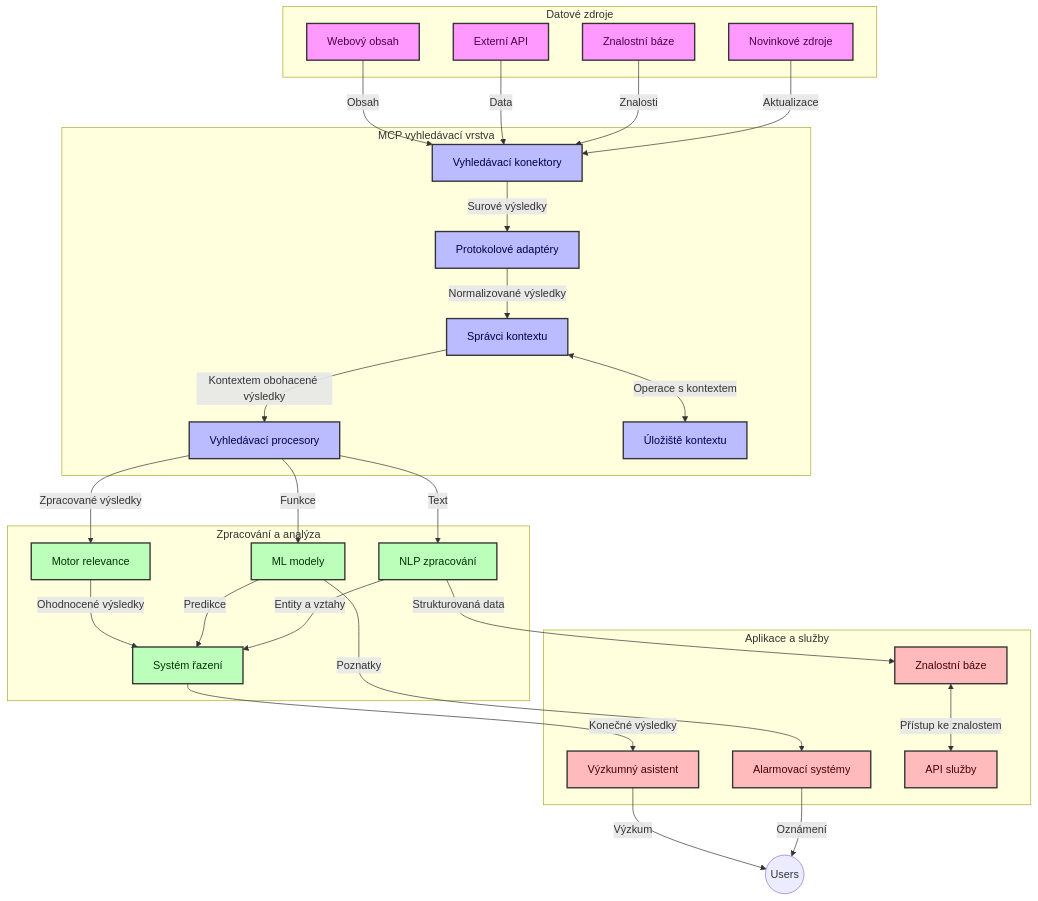
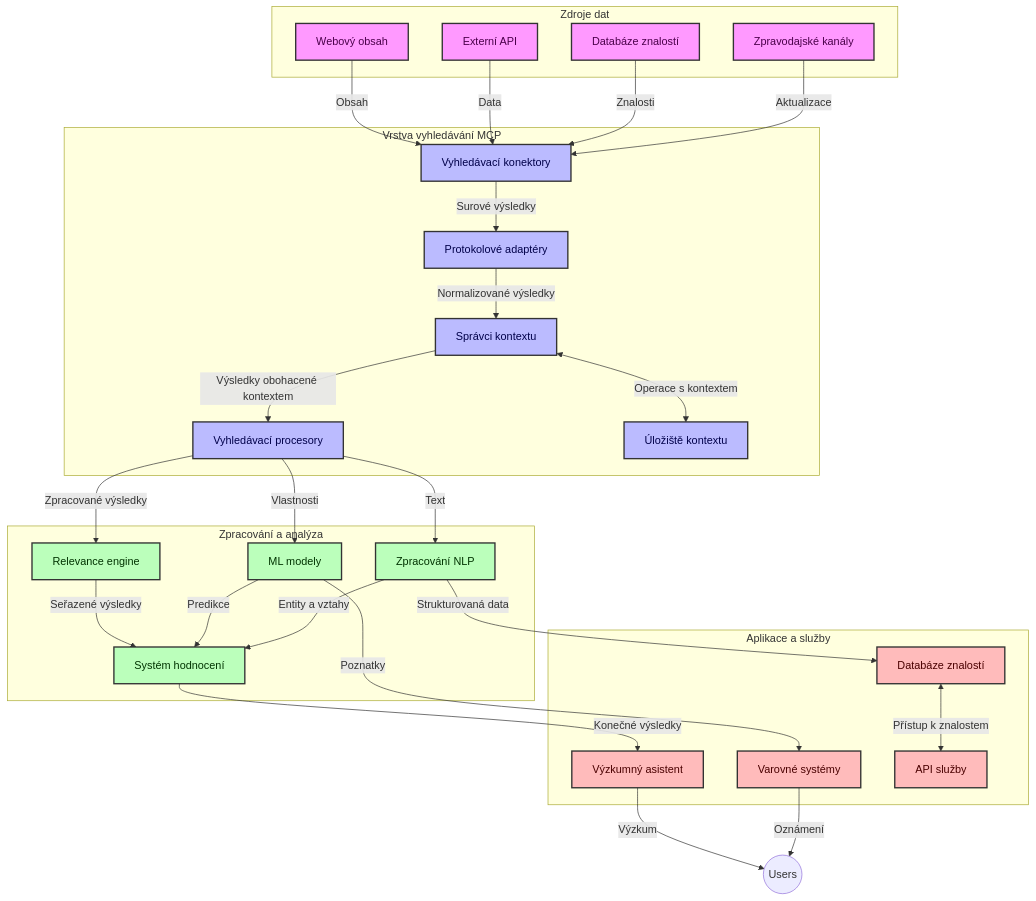
Before and after one commit to microsoft/mcp-for-beginners: the first of 4 diagrams in translations/cs/05-AdvancedTopics/mcp-realtimesearch/README.md, drawn with Mermaid. The commit also changed other lines of this file and 140 other files, not shown here.

````diff
--- a/translations/cs/05-AdvancedTopics/mcp-realtimesearch/README.md
+++ b/translations/cs/05-AdvancedTopics/mcp-realtimesearch/README.md
@@ -109,66 +109,66 @@
 ```mermaid
 graph TD
-    subgraph "Datové zdroje"
+    subgraph "Zdroje dat"
         Web[Webový obsah]
         APIs[Externí API]
-        DB[Znalostní báze]
-        News[Novinkové zdroje]
+        DB[Databáze znalostí]
+        News[Zpravodajské kanály]
     end
 
-    subgraph "MCP vyhledávací vrstva"
+    subgraph "Vrstva vyhledávání MCP"
         SC[Vyhledávací konektory]
         PA[Protokolové adaptéry]
         CH[Správci kontextu]
         SP[Vyhledávací procesory]
         CS[Úložiště kontextu]
     end
 
     subgraph "Zpracování a analýza"
-        RE[Motor relevance]
+        RE[Relevance engine]
         ML[ML modely]
-        NLP[NLP zpracování]
-        Rank[Systém řazení]
+        NLP[Zpracování NLP]
+        Rank[Systém hodnocení]
     end
 
     subgraph "Aplikace a služby"
         RA[Výzkumný asistent]
-        Alerts[Alarmovací systémy]
-        KB[Znalostní báze]
+        Alerts[Varovné systémy]
+        KB[Databáze znalostí]
         API[API služby]
     end
 
     Web -->|Obsah| SC
     APIs -->|Data| SC
     DB -->|Znalosti| SC
     News -->|Aktualizace| SC
     
     SC -->|Surové výsledky| PA
     PA -->|Normalizované výsledky| CH
     CH <-->|Operace s kontextem| CS
-    CH -->|Kontextem obohacené výsledky| SP
+    CH -->|Výsledky obohacené kontextem| SP
     SP -->|Zpracované výsledky| RE
-    SP -->|Funkce| ML
+    SP -->|Vlastnosti| ML
     SP -->|Text| NLP
     
-    RE -->|Ohodnocené výsledky| Rank
+    RE -->|Seřazené výsledky| Rank
     ML -->|Predikce| Rank
     NLP -->|Entity a vztahy| Rank
     
     Rank -->|Konečné výsledky| RA
     ML -->|Poznatky| Alerts
     NLP -->|Strukturovaná data| KB
     
     RA -->|Výzkum| Users((Users))
     Alerts -->|Oznámení| Users
-    KB <-->|Přístup ke znalostem| API
+    KB <-->|Přístup k znalostem| API
 
     classDef sources fill:#f9f,stroke:#333,stroke-width:2px,color:#4a004a
     classDef mcp fill:#bbf,stroke:#333,stroke-width:2px,color:#00004a
     classDef processing fill:#bfb,stroke:#333,stroke-width:2px,color:#003300
     classDef apps fill:#fbb,stroke:#333,stroke-width:2px,color:#4a0000
     
     class Web,APIs,DB,News sources
     class SC,PA,CH,SP,CS mcp
     class RE,ML,NLP,Rank processing
     class RA,Alerts,KB,API apps
 ```
````
